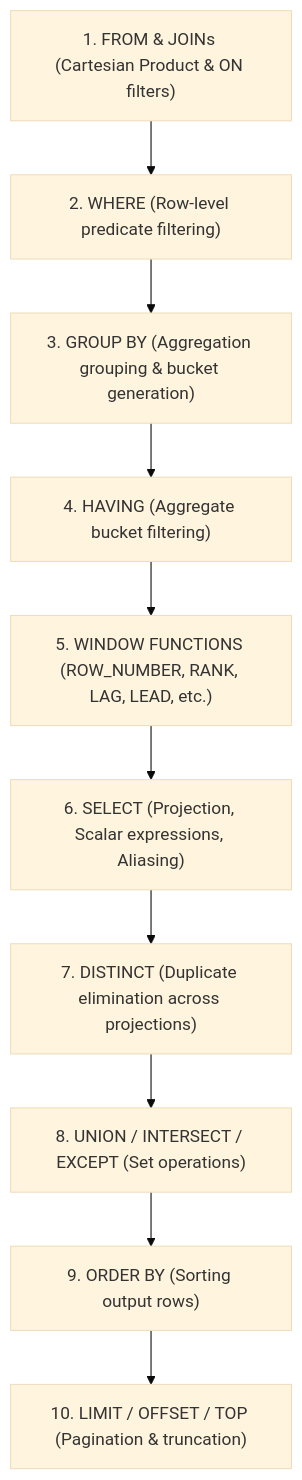
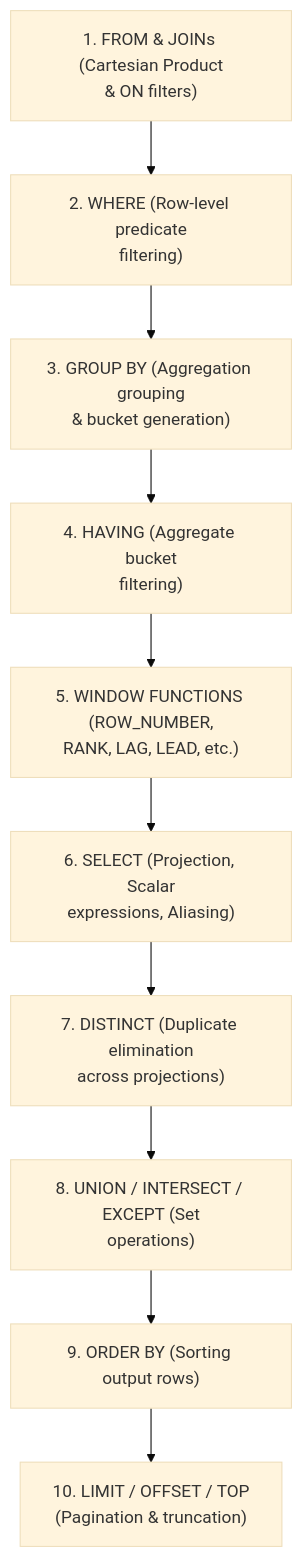
Before and after one commit to santoshjammi29/sql-handbook: the first of 3 diagrams in architectures/01_logical_vs_physical_query_execution.md, drawn with Mermaid (base theme). The commit also changed other lines of this file and 17 other files, not shown here.

Commit message:
fix(diagrams): word-wrap labels and escape comparison operators across all diagrams

````diff
--- a/architectures/01_logical_vs_physical_query_execution.md
+++ b/architectures/01_logical_vs_physical_query_execution.md
@@ -23,12 +23,12 @@
 ```mermaid
 flowchart TD
-    Step1["1. FROM & JOINs (Cartesian Product & ON filters)"] --> Step2["2. WHERE (Row-level predicate filtering)"]
-    Step2 --> Step3["3. GROUP BY (Aggregation grouping & bucket generation)"]
-    Step3 --> Step4["4. HAVING (Aggregate bucket filtering)"]
-    Step4 --> Step5["5. WINDOW FUNCTIONS (ROW_NUMBER, RANK, LAG, LEAD, etc.)"]
-    Step5 --> Step6["6. SELECT (Projection, Scalar expressions, Aliasing)"]
-    Step6 --> Step7["7. DISTINCT (Duplicate elimination across projections)"]
-    Step7 --> Step8["8. UNION / INTERSECT / EXCEPT (Set operations)"]
+    Step1["1. FROM & JOINs (Cartesian Product<br/>& ON filters)"] --> Step2["2. WHERE (Row-level predicate<br/>filtering)"]
+    Step2 --> Step3["3. GROUP BY (Aggregation grouping<br/>& bucket generation)"]
+    Step3 --> Step4["4. HAVING (Aggregate bucket<br/>filtering)"]
+    Step4 --> Step5["5. WINDOW FUNCTIONS (ROW_NUMBER,<br/>RANK, LAG, LEAD, etc.)"]
+    Step5 --> Step6["6. SELECT (Projection, Scalar<br/>expressions, Aliasing)"]
+    Step6 --> Step7["7. DISTINCT (Duplicate elimination<br/>across projections)"]
+    Step7 --> Step8["8. UNION / INTERSECT / EXCEPT (Set<br/>operations)"]
     Step8 --> Step9["9. ORDER BY (Sorting output rows)"]
-    Step9 --> Step10["10. LIMIT / OFFSET / TOP (Pagination & truncation)"]
+    Step9 --> Step10["10. LIMIT / OFFSET / TOP<br/>(Pagination & truncation)"]
 ```
````
